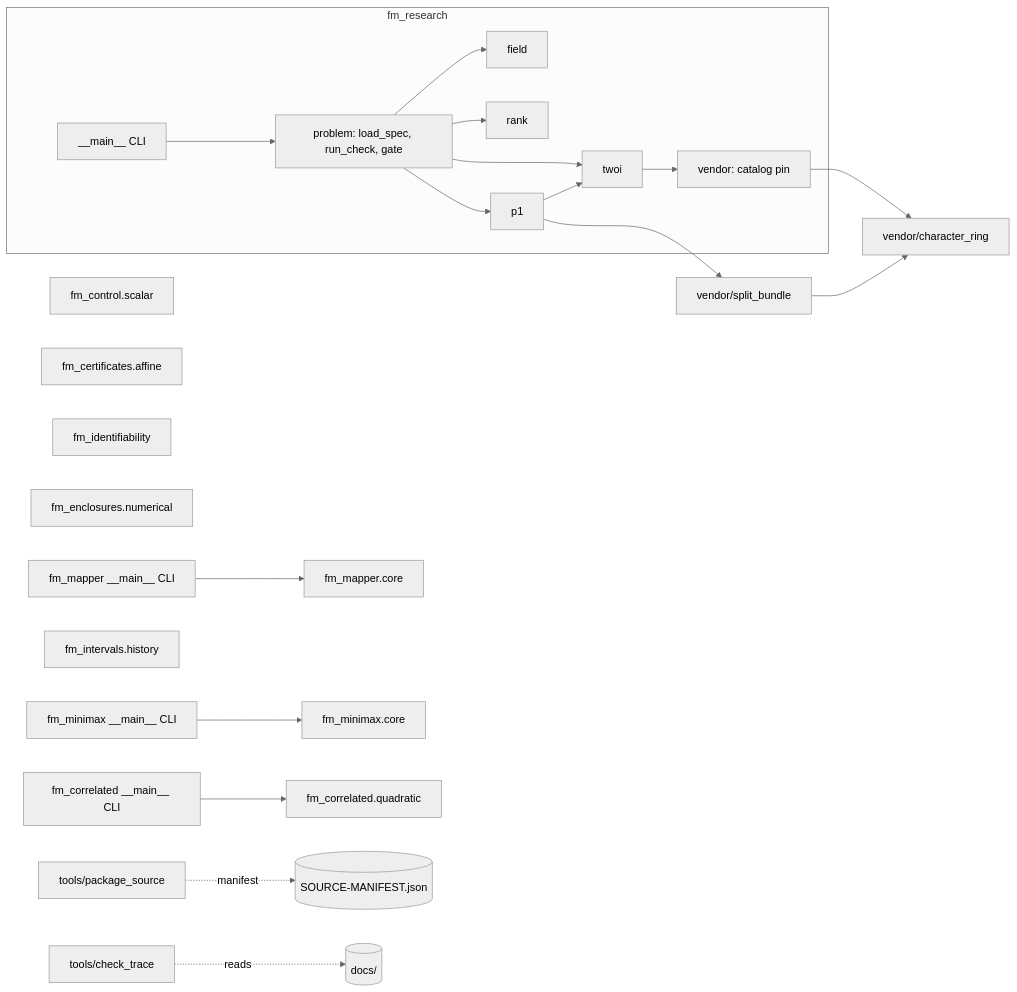
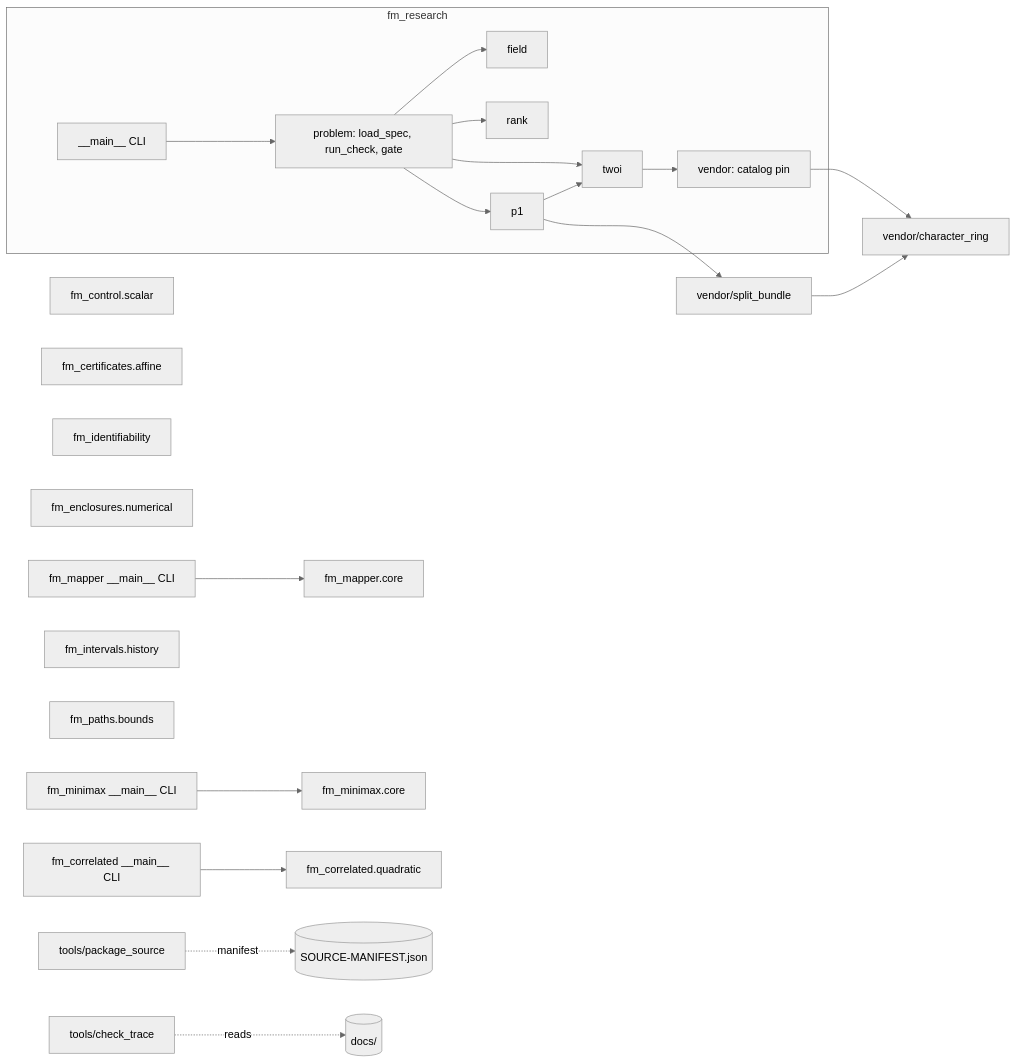
One commit to Akilleez-QA/foundation-math changed the first of 3 diagrams in docs/architecture/architecture.md. Above: the diagram before and after it, drawn with Mermaid (neutral theme). The commit also changed other lines of this file and 16 other files, not shown here.

````diff
--- a/docs/architecture/architecture.md
+++ b/docs/architecture/architecture.md
@@ -41,22 +41,23 @@
 ```mermaid
 flowchart LR
   subgraph research[fm_research]
     main[__main__ CLI] --> problem[problem: load_spec, run_check, gate]
     problem --> field[field] & rank[rank] & twoi[twoi] & p1[p1]
     twoi --> vendor[vendor: catalog pin]
     p1 --> twoi
   end
   vendor --> cr[vendor/character_ring]
   p1 --> sb[vendor/split_bundle]
   sb --> cr
   mmain[fm_mapper __main__ CLI] --> core[fm_mapper.core]
   control[fm_control.scalar]
   cert[fm_certificates.affine]
   ident[fm_identifiability]
   encl[fm_enclosures.numerical]
   minmain[fm_minimax __main__ CLI] --> minimax[fm_minimax.core]
   cmain[fm_correlated __main__ CLI] --> corr[fm_correlated.quadratic]
   intervals[fm_intervals.history]
+  paths[fm_paths.bounds]
   pkg[tools/package_source] -.manifest.-> manifest[(SOURCE-MANIFEST.json)]
   trace[tools/check_trace] -.reads.-> docs[(docs/)]
 ```
````
